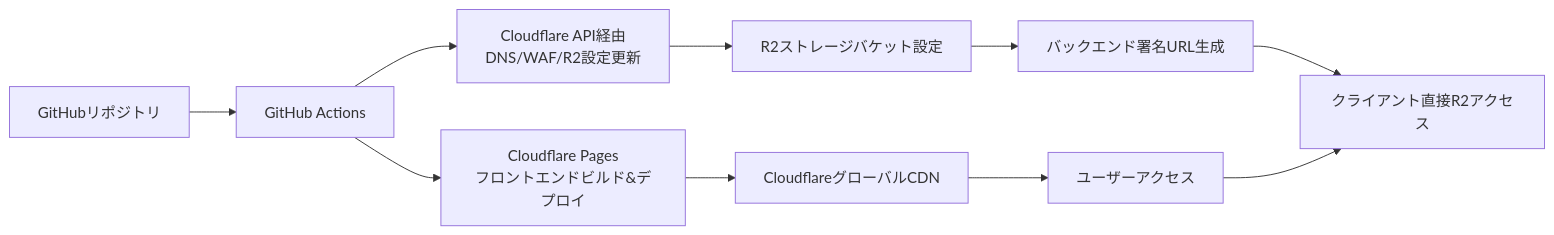
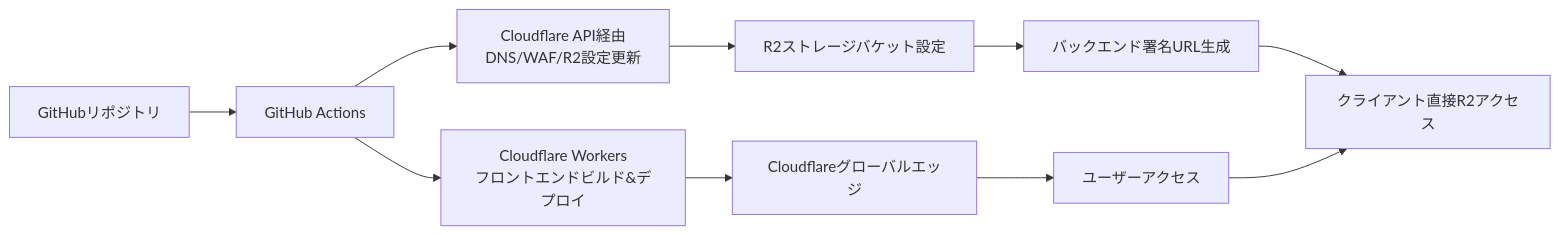
The diagram in cloudflare/guidelines.md (kenken-201/pose-est-infra-2025), drawn with Mermaid before and after one commit. The commit also changed other lines of this file and 6 other files, not shown here.

````diff
--- a/cloudflare/guidelines.md
+++ b/cloudflare/guidelines.md
@@ -66,12 +67,12 @@
 ```mermaid
 graph LR
     A[GitHubリポジトリ] --> B[GitHub Actions]
-    B --> C[Cloudflare Pages<br/>フロントエンドビルド&デプロイ]
+    B --> C[Cloudflare Workers<br/>フロントエンドビルド&デプロイ]
     B --> D[Cloudflare API経由<br/>DNS/WAF/R2設定更新]
-    C --> E[CloudflareグローバルCDN]
+    C --> E[Cloudflareグローバルエッジ]
     D --> F[R2ストレージバケット設定]
     E --> G[ユーザーアクセス]
     F --> H[バックエンド署名URL生成]
     H --> I[クライアント直接R2アクセス]
     G --> I
 ```
````
